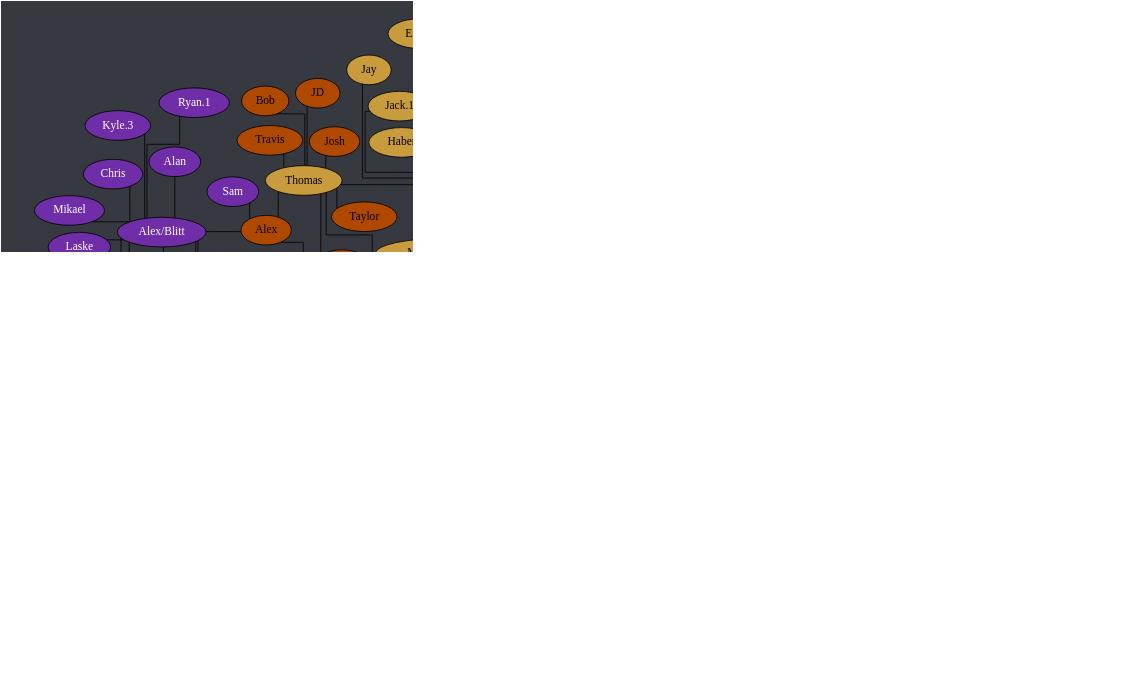
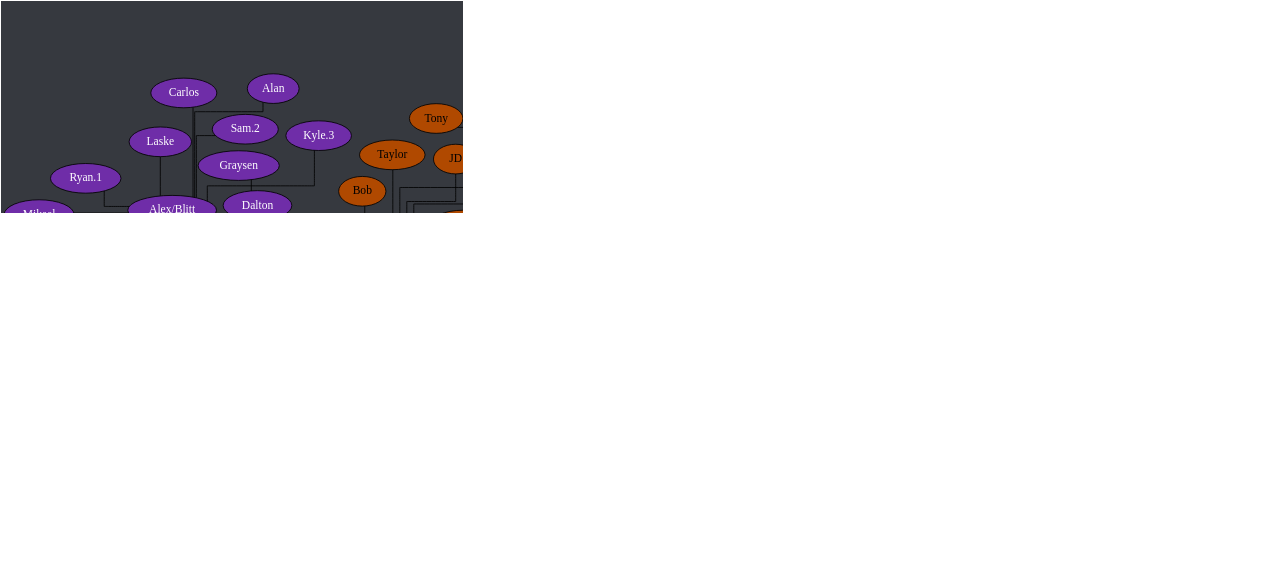
Before and after one commit to Documidas/CoronaCatzFamilyTree: the diagram in tree.dot, drawn with Graphviz. The commit also changed 1 other file, not shown here.

Commit message:
Re-add Ali.2, rename Ali to Ali.1

```diff
--- a/tree.dot
+++ b/tree.dot
@@ -1,174 +1,175 @@
 strict graph {
 	// Layout Configuration
 	layout = neato;
 	dpi = 200;
 	epsilon = 0.01;
 	mode = major;
 	model = subset;
 	overlap = false;
 	splines = ortho;
 	start = rand;
 
 	// Visual Configuration
 	graph [ truecolor=true bgcolor="#36393f" ];
 	node [ style=filled fillcolor="gray" fontcolor="black" ];
 
 	subgraph "Joel" {
 		node [ style=filled fillcolor="firebrick4" fontcolor="white" ];
 		Joel [ style=filled fillcolor="gold" fontcolor="black" ];
 
-		Cayla -- Ali;
+		Cayla -- "Ali.1";
 		Cayla -- Jonathan;
 		Cayla -- Kate;
 		Cayla -- Ranger;
 		Joel -- Anders;
 		Joel -- Cayla;
 		Joel -- Conner;
 		Joel -- Jared;
 		Joel -- Kat;
 		Joel -- Patrick;
 		Joel -- Steven;
 	}
 
 	subgraph "Anders" {
 		node [ style=filled fillcolor="green4" fontcolor="white" ];
 		// Anders [ style=filled fillcolor="green4" fontcolor="white" ];
 
 		Anders -- Chiara;
 		Anders -- Cody;
 		Anders -- Daniel;
 		Anders -- Derek;
 		Anders -- DJ;
 		Anders -- Hahnur;
 		Anders -- Jen;
 		Anders -- "Matt.2";
 		Anders -- Solis;
 		Anders -- Will;
 		Anders -- Wyatt;
 		Anders -- Zach;
 	}
 
 	subgraph "Jared" {
 		node [ style=filled fillcolor="royalblue" fontcolor="black" ];
 		// Jared [ style=filled fillcolor="royalblue" fontcolor="black" ];
 
 		Andrew -- Hannah;
 		Cole -- "Shadia/SJ";
 		Donnie -- Bianca;
 		Donnie -- Bryan;
 		Donnie -- Troy;
+		Greg -- "Ali.2";
 		Greg -- Andrew;
 		Greg -- Carter;
 		Greg -- "John Boi";
 		Greg -- Tails;
 		Greg -- Tanyon;
 		Hannah -- Raana;
 		Jared -- Brandi;
 		Jared -- Dave;
 		Jared -- Donnie;
 		Jared -- Fabi;
 		Jared -- "Jack.2";
 		Jared -- Cole;
 		Jared -- Kamon;
 		Jared -- Greg;
 		Jared -- Isabelle;
 		Jared -- Mason;
 		Jared -- "Matt.1";
 		Jared -- Mehmet;
 		Jared -- Nam;
 		Jared -- Pixie;
 		Jared -- Shannon;
 		Jared -- Spencer;
 		Jared -- Tyler;
 		Jared -- "Zach/Laniakea";
 		Jared -- Zoe;
 		"John Boi" -- Hardie;
 		"Shadia/SJ" -- Kalel;
 		"Shadia/SJ" -- Tommy;
 		Troy -- Drake;
 		Tyler -- Gaby;
 		Zoe -- Brandon;
 	}
 
 	subgraph "Zach/Laniakea" {
 		node [ style=filled fillcolor="#4eff2c" fontcolor="black" ];
 		// "Zach/Laniakea" [ style=filled fillcolor="#4eff2c" fontcolor="black" ];
 
 		"Caio.2" -- "Kyle.1";
 		"Caio.2" -- Lucas;
 		Kuri -- Jon;
 		Kuri -- Karma;
 		"Ryan/Wenger" -- Gracie;
 		"Zach/Laniakea" -- Allen;
 		"Zach/Laniakea" -- "Caio.2";
 		"Zach/Laniakea" -- Colin;
 		"Zach/Laniakea" -- John;
 		"Zach/Laniakea" -- Logan;
 		"Zach/Laniakea" -- Kevin;
 		"Zach/Laniakea" -- Kuri;
 		"Zach/Laniakea" -- "Kyle.0";
 		"Zach/Laniakea" -- Mike;
 		"Zach/Laniakea" -- "Ryan/Wenger";
 		"Zach/Laniakea" -- "Ukko";
 	}
 
 	subgraph "John" {
 		node [ style=filled fillcolor="#c89b3c" fontcolor="black" ];
 		// John [ style=filled fillcolor="#c89b3c" fontcolor="black" ];
 
 		John -- Anna;
 		John -- Emily;
 		John -- Haber;
 		John -- Jay;
 		John -- "Jack.1";
 		John -- Lara;
 		John -- Monarch;
 		John -- Thomas;
 	}
 
 	subgraph "John-stream" {
 		// node [ style=filled fillcolor="#9147ff" fontcolor="black" ];
 		node [ style=filled fillcolor="#c89b3c" fontcolor="black" ];
 
 		John -- "Michael/Wheezy";
 	}
 
 	subgraph "Thomas" {
 		node [ style=filled fillcolor="#b04900" fontcolor="black" ];
 		// Thomas [ style=filled fillcolor="#b04900" fontcolor="black" ];
 
 		Thomas -- Alex;
 		Thomas -- Bob;
 		Thomas -- JD;
 		Thomas -- Josh;
 		Thomas -- Juan;
 		Thomas -- Taylor;
 		Thomas -- Tony;
 		Thomas -- Travis;
 	}
 
 	subgraph "Alex" {
 		node [ style=filled fillcolor="#6f2da8" fontcolor="white" ];
 		// Alex [ style=filled fillcolor="#6f2da8" fontcolor="black" ];
 
 		Alex -- "Alex/Blitt";
 		Alex -- "Da'Von";
 		Alex -- Sam;
 		"Alex/Blitt" -- Alan;
 		"Alex/Blitt" -- "Alex the 3rd";
 		"Alex/Blitt" -- Brian;
 		"Alex/Blitt" -- Carlos;
 		"Alex/Blitt" -- Chris;
 		"Alex/Blitt" -- Gabriel;
 		"Alex/Blitt" -- "Kyle.3";
 		"Alex/Blitt" -- Laske;
 		"Alex/Blitt" -- Mikael;
 		"Alex/Blitt" -- "Ryan.1";
 		"Alex/Blitt" -- "Sam.2";
 		"Da'Von" -- Dalton;
 		"Da'Von" -- Zeller;
 		Dalton -- Graysen;
 		Gabriel -- "Ryan.2";
 		Zeller -- Sierra;
 	}
 }
```
